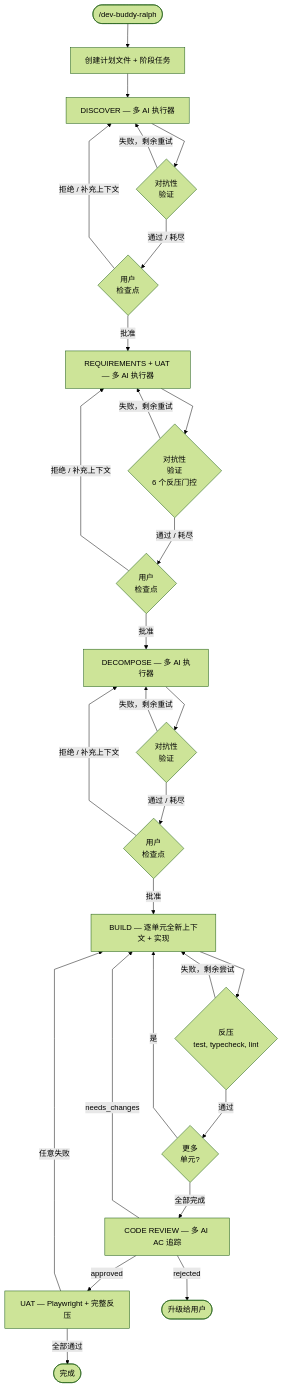
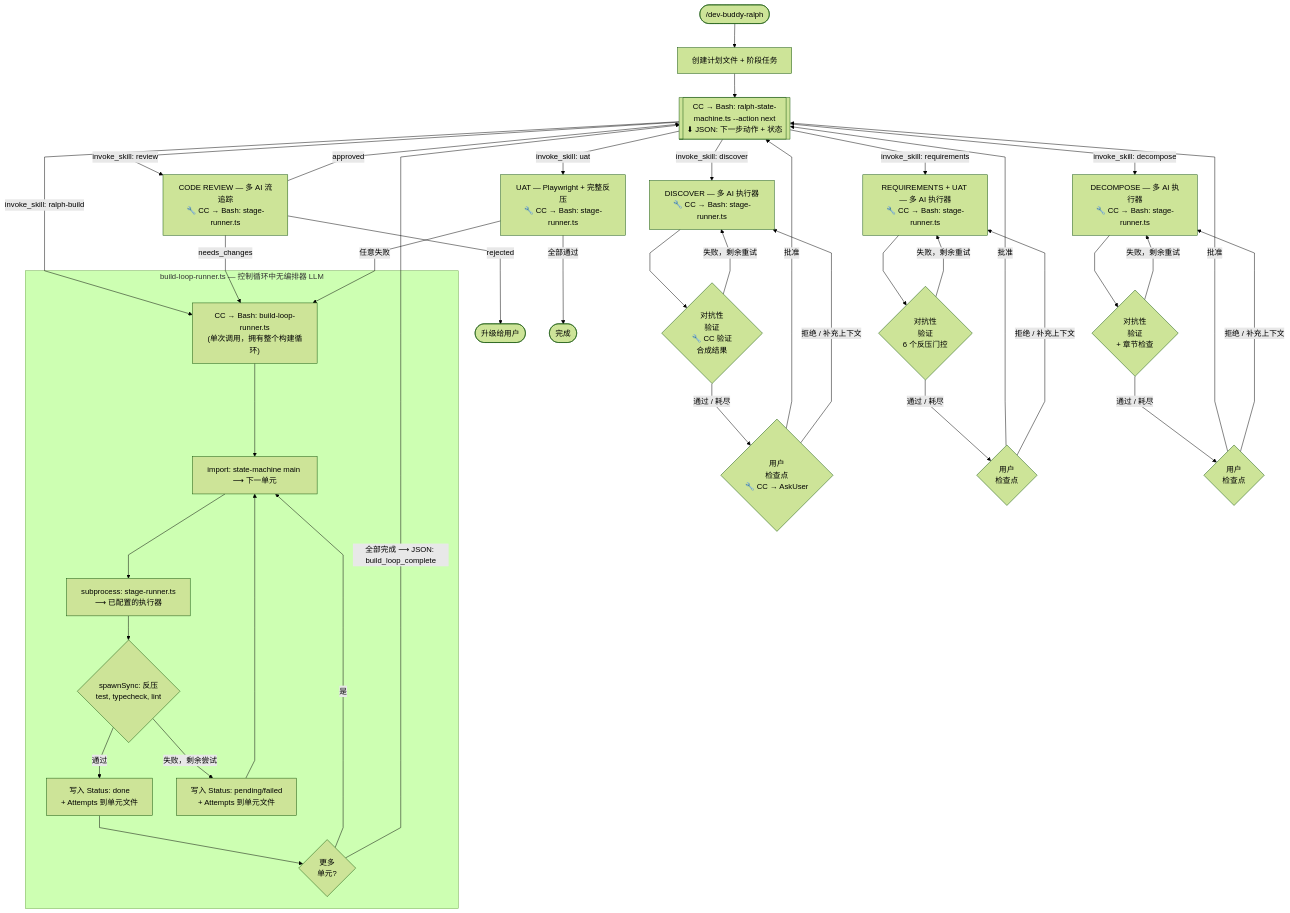
One commit to Z-M-Huang/vcp changed the first of 2 diagrams in plugins/dev-buddy/README.zh.md. Above: the diagram before and after it, drawn with Mermaid (forest theme). The commit also changed other lines of this file and 36 other files, not shown here.

First line of the commit message:
Ralph v0.5.0: centralized state machine, mechanical build loop, drift prevention, multi-executor dispatch

````diff
--- a/plugins/dev-buddy/README.zh.md
+++ b/plugins/dev-buddy/README.zh.md
@@ -27,47 +27,70 @@
 ```mermaid
 ---
 config:
   flowchart:
     curve: linear
 ---
 flowchart TD
     START(["/dev-buddy-ralph"]) --> INIT["创建计划文件 + 阶段任务"]
-    INIT --> D
+    INIT --> Q1
 
-    D["DISCOVER — 多 AI 执行器"]
-    D --> D_VAL{"对抗性<br/>验证"}
+    Q1[["CC → Bash: ralph-state-machine.ts --action next<br/>⬇ JSON: 下一步动作 + 状态"]]
+
+    Q1 -->|"invoke_skill: discover"| D
+    D["DISCOVER — 多 AI 执行器<br/>🔧 CC → Bash: stage-runner.ts"]
+    D --> D_VAL{"对抗性<br/>验证<br/>🔧 CC 验证<br/>合成结果"}
     D_VAL -->|失败，剩余重试| D
-    D_VAL -->|通过 / 耗尽| D_UC{"用户<br/>检查点"}
-    D_UC -->|批准| R
+    D_VAL -->|通过 / 耗尽| D_UC{"用户<br/>检查点<br/>🔧 CC → AskUser"}
+    D_UC -->|批准| Q1
     D_UC -->|拒绝 / 补充上下文| D
 
-    R["REQUIREMENTS + UAT — 多 AI 执行器"]
+    Q1 -->|"invoke_skill: requirements"| R
+    R["REQUIREMENTS + UAT — 多 AI 执行器<br/>🔧 CC → Bash: stage-runner.ts"]
     R --> R_VAL{"对抗性<br/>验证<br/>6 个反压门控"}
     R_VAL -->|失败，剩余重试| R
     R_VAL -->|通过 / 耗尽| R_UC{"用户<br/>检查点"}
-    R_UC -->|批准| DC
+    R_UC -->|批准| Q1
     R_UC -->|拒绝 / 补充上下文| R
 
-    DC["DECOMPOSE — 多 AI 执行器"]
-    DC --> DC_VAL{"对抗性<br/>验证"}
+    Q1 -->|"invoke_skill: decompose"| DC
+    DC["DECOMPOSE — 多 AI 执行器<br/>🔧 CC → Bash: stage-runner.ts"]
+    DC --> DC_VAL{"对抗性<br/>验证<br/>+ 章节检查"}
     DC_VAL -->|失败，剩余重试| DC
     DC_VAL -->|通过 / 耗尽| DC_UC{"用户<br/>检查点"}
-    DC_UC -->|批准| BUILD
+    DC_UC -->|批准| Q1
     DC_UC -->|拒绝 / 补充上下文| DC
 
-    BUILD["BUILD — 逐单元全新上下文 + 实现"]
-    BUILD --> BP{"反压<br/>test, typecheck, lint"}
-    BP -->|失败，剩余尝试| BUILD
-    BP -->|通过| MORE{"更多<br/>单元?"}
-    MORE -->|是| BUILD
-    MORE -->|全部完成| CR
+    Q1 -->|"invoke_skill: ralph-build"| BUILD_ENTRY
 
-    CR["CODE REVIEW — 多 AI AC 追踪"]
-    CR -->|approved| UAT
-    CR -->|needs_changes| BUILD
+    subgraph BUILD_MECHANICAL["build-loop-runner.ts — 控制循环中无编排器 LLM"]
+        BUILD_ENTRY["CC → Bash: build-loop-runner.ts<br/>(单次调用，拥有整个构建循环)"]
+        B_SM["import: state-machine main ⟶ 下一单元"]
+        B_DISPATCH["subprocess: stage-runner.ts<br/>⟶ 已配置的执行器"]
+        B_BP{"spawnSync: 反压<br/>test, typecheck, lint"}
+        B_WRITE_PASS["写入 Status: done<br/>+ Attempts 到单元文件"]
+        B_WRITE_FAIL["写入 Status: pending/failed<br/>+ Attempts 到单元文件"]
+        B_MORE{"更多<br/>单元?"}
+
+        BUILD_ENTRY --> B_SM
+        B_SM --> B_DISPATCH
+        B_DISPATCH --> B_BP
+        B_BP -->|失败，剩余尝试| B_WRITE_FAIL
+        B_WRITE_FAIL --> B_SM
+        B_BP -->|通过| B_WRITE_PASS
+        B_WRITE_PASS --> B_MORE
+        B_MORE -->|是| B_SM
+    end
+
+    B_MORE -->|"全部完成 ⟶ JSON: build_loop_complete"| Q1
+
+    Q1 -->|"invoke_skill: review"| CR
+    CR["CODE REVIEW — 多 AI 流追踪<br/>🔧 CC → Bash: stage-runner.ts"]
+    CR -->|approved| Q1
+    CR -->|needs_changes| BUILD_ENTRY
     CR -->|rejected| STOP([升级给用户])
 
-    UAT["UAT — Playwright + 完整反压"]
+    Q1 -->|"invoke_skill: uat"| UAT
+    UAT["UAT — Playwright + 完整反压<br/>🔧 CC → Bash: stage-runner.ts"]
     UAT -->|全部通过| DONE([完成])
-    UAT -->|任意失败| BUILD
+    UAT -->|任意失败| BUILD_ENTRY
 ```
````
